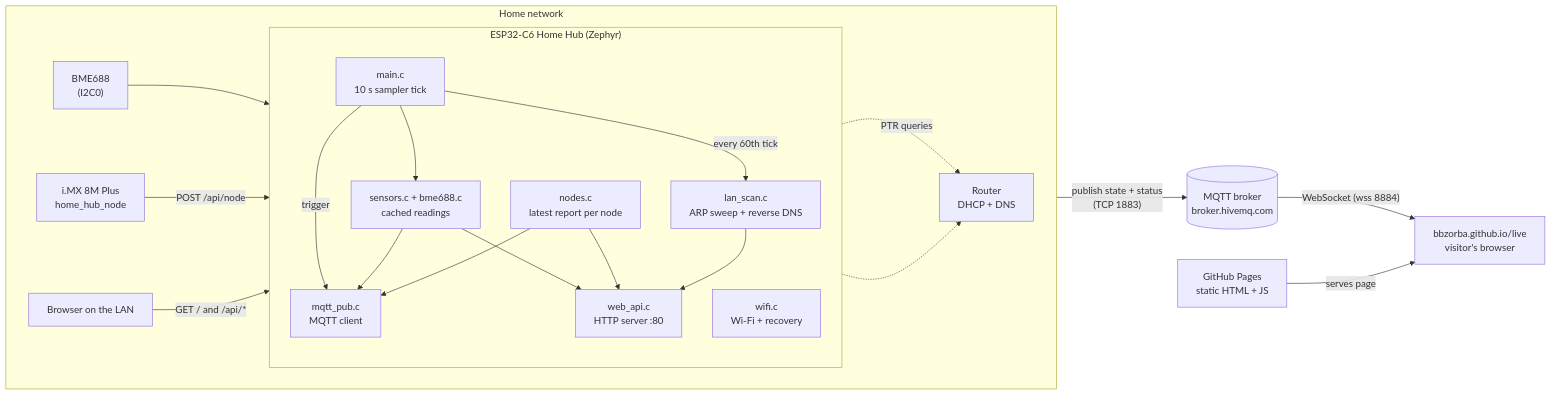
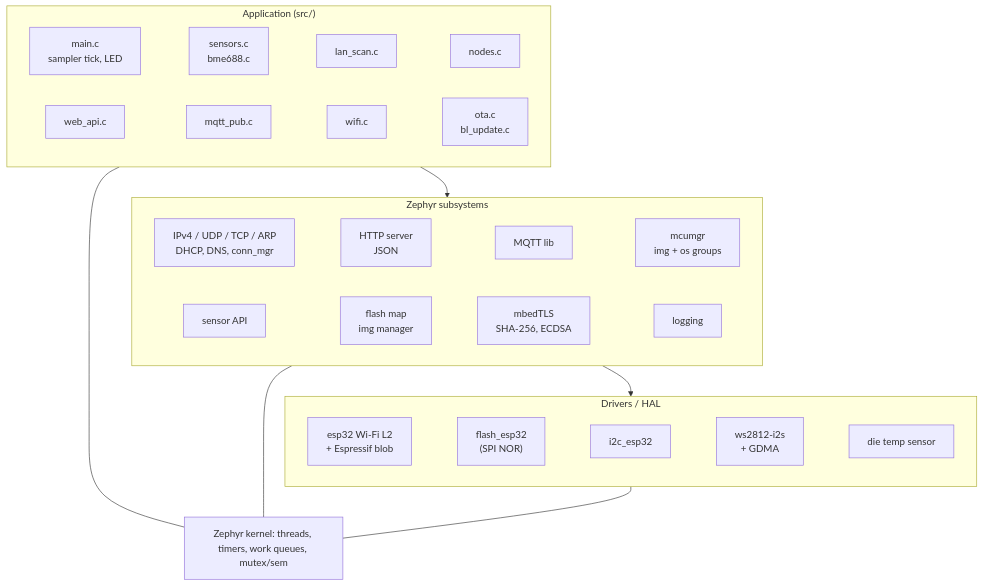
The second of 3 diagrams in applications/web_app/ARCHITECTURE.md (bbzorba/ESP32C6-Zephyr-IoT-Projects), drawn with Mermaid before and after one commit. The commit also changed other lines of this file and 13 other files, not shown here.

First line of the commit message:
web_app 1.2.3: bootloader update over Wi-Fi, faster Wi-Fi recovery, docs

````diff
--- a/applications/web_app/ARCHITECTURE.md
+++ b/applications/web_app/ARCHITECTURE.md
@@ -20,33 +24,20 @@
 ```mermaid
-flowchart LR
-    subgraph LAN["Home network"]
+flowchart TB
+    subgraph APP["Application (src/)"]
         direction LR
-        subgraph HUB["ESP32-C6 Home Hub (Zephyr)"]
-            direction TB
-            TICK["main.c<br/>10 s sampler tick"]
-            SENS["sensors.c + bme688.c<br/>cached readings"]
-            NODES["nodes.c<br/>latest report per node"]
-            SCAN["lan_scan.c<br/>ARP sweep + reverse DNS"]
-            WEB["web_api.c<br/>HTTP server :80"]
-            MQTT["mqtt_pub.c<br/>MQTT client"]
-            WIFI["wifi.c<br/>Wi-Fi + recovery"]
-            TICK --> SENS
-            TICK -->|every 60th tick| SCAN
-            TICK -->|trigger| MQTT
-            SENS --> WEB
-            SENS --> MQTT
-            NODES --> WEB
-            NODES --> MQTT
-            SCAN --> WEB
-        end
-        BME["BME688<br/>(I2C0)"] --> SENS
-        IMX["i.MX 8M Plus<br/>home_hub_node"] -->|"POST /api/node"| WEB
-        LANB["Browser on the LAN"] -->|"GET / and /api/*"| WEB
-        ROUTER["Router<br/>DHCP + DNS"]
-        SCAN -.->|PTR queries| ROUTER
-        WIFI -.-> ROUTER
+        MAIN["main.c<br/>sampler tick, LED"] ~~~ SENS["sensors.c<br/>bme688.c"] ~~~ SCAN["lan_scan.c"] ~~~ NODES["nodes.c"]
+        WEBA["web_api.c"] ~~~ MQ["mqtt_pub.c"] ~~~ WIFI["wifi.c"] ~~~ OTA["ota.c<br/>bl_update.c"]
     end
-    MQTT -->|"publish state + status<br/>(TCP 1883)"| BROKER[("MQTT broker<br/>broker.hivemq.com")]
-    BROKER -->|"WebSocket (wss 8884)"| PAGE["bbzorba.github.io/live<br/>visitor's browser"]
-    PAGES["GitHub Pages<br/>static HTML + JS"] -->|serves page| PAGE
+    subgraph SUB["Zephyr subsystems"]
+        direction LR
+        NET["IPv4 / UDP / TCP / ARP<br/>DHCP, DNS, conn_mgr"] ~~~ HTTP["HTTP server<br/>JSON"] ~~~ MQL["MQTT lib"] ~~~ MCU["mcumgr<br/>img + os groups"]
+        SNS["sensor API"] ~~~ FM["flash map<br/>img manager"] ~~~ TLS["mbedTLS<br/>SHA-256, ECDSA"] ~~~ LOGS["logging"]
+    end
+    subgraph DRV["Drivers / HAL"]
+        direction LR
+        WDRV["esp32 Wi-Fi L2<br/>+ Espressif blob"] ~~~ FL["flash_esp32<br/>(SPI NOR)"] ~~~ I2C["i2c_esp32"] ~~~ I2S["ws2812-i2s<br/>+ GDMA"] ~~~ TEMP["die temp sensor"]
+    end
+    KERNEL["Zephyr kernel: threads, timers, work queues, mutex/sem"]
+    APP --> SUB --> DRV
+    APP & SUB & DRV --- KERNEL
 ```
````
